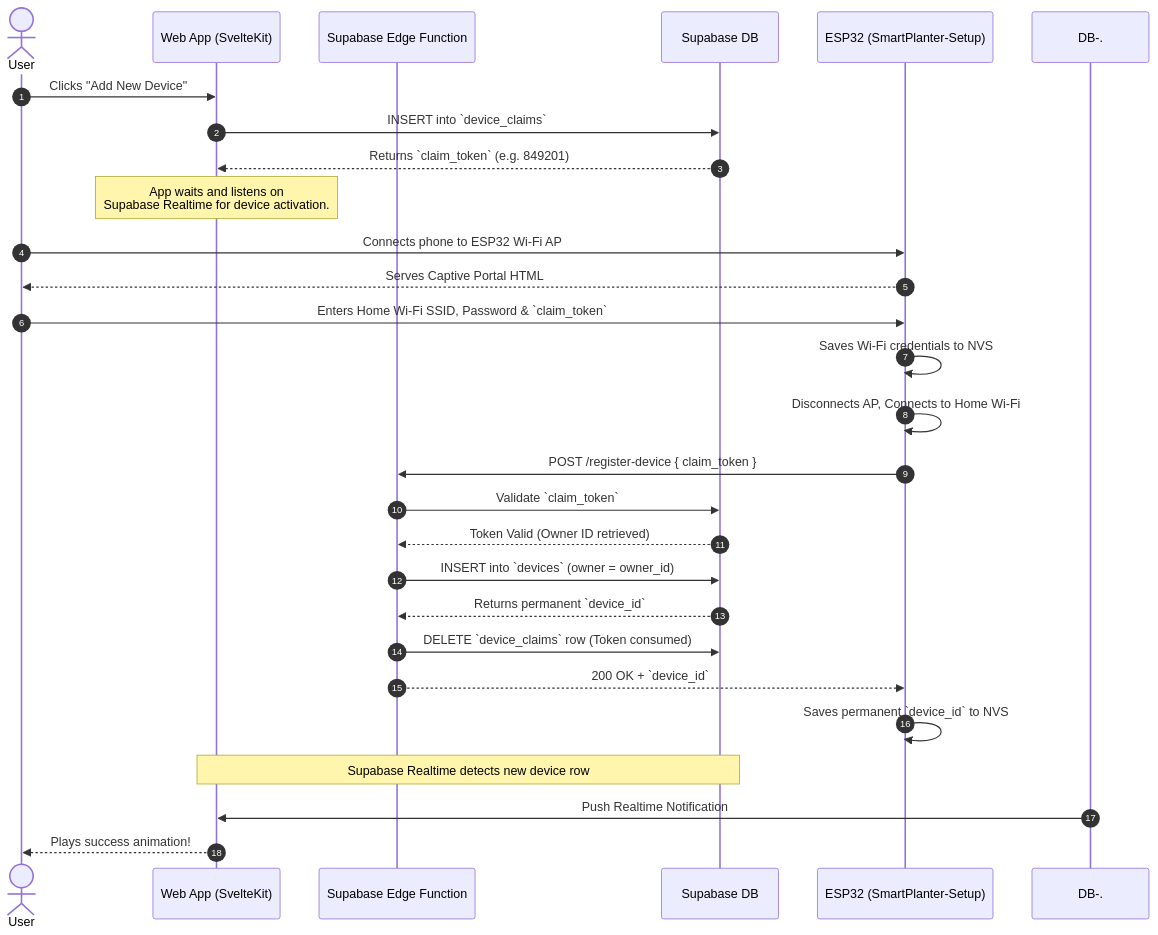
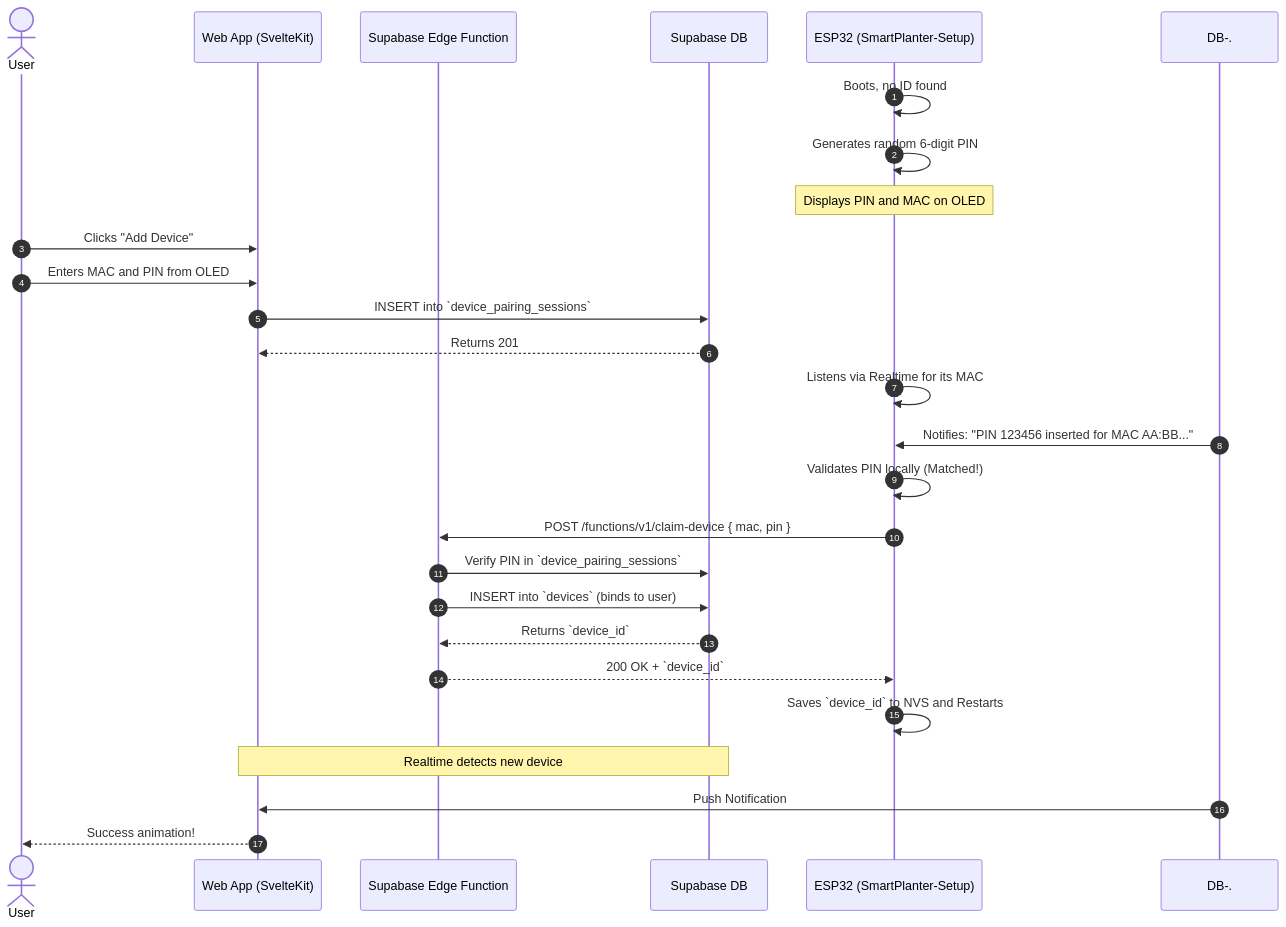
The second of 3 diagrams in ARCHITECTURE.md (minhvt22/iot-watering), drawn with Mermaid before and after one commit. The commit also changed other lines of this file and 42 other files, not shown here.

Commit message:
feat: Implement initial full-stack device pairing, Supabase integration, and core firmware functionality.

````diff
--- a/ARCHITECTURE.md
+++ b/ARCHITECTURE.md
@@ -59,36 +59,36 @@
 ```mermaid
 sequenceDiagram
     autonumber
     actor User
     participant WebApp as Web App (SvelteKit)
     participant Edge as Supabase Edge Function
     participant DB as Supabase DB
     participant ESP32 as ESP32 (SmartPlanter-Setup)
 
-    User->>WebApp: Clicks "Add New Device"
-    WebApp->>DB: INSERT into `device_claims`
-    DB-->>WebApp: Returns `claim_token` (e.g. 849201)
+    ESP32->>ESP32: Boots, no ID found
+    ESP32->>ESP32: Generates random 6-digit PIN
+    Note over ESP32: Displays PIN and MAC on OLED
+
+    User->>WebApp: Clicks "Add Device"
+    User->>WebApp: Enters MAC and PIN from OLED
     
-    Note over WebApp: App waits and listens on<br/>Supabase Realtime for device activation.
+    WebApp->>DB: INSERT into `device_pairing_sessions`
+    DB-->>WebApp: Returns 201
 
-    User->>ESP32: Connects phone to ESP32 Wi-Fi AP
-    ESP32-->>User: Serves Captive Portal HTML
-    User->>ESP32: Enters Home Wi-Fi SSID, Password & `claim_token`
+    ESP32->>ESP32: Listens via Realtime for its MAC
+    DB-.->>ESP32: Notifies: "PIN 123456 inserted for MAC AA:BB..."
     
-    ESP32->>ESP32: Saves Wi-Fi credentials to NVS
-    ESP32->>ESP32: Disconnects AP, Connects to Home Wi-Fi
+    ESP32->>ESP32: Validates PIN locally (Matched!)
     
-    ESP32->>Edge: POST /register-device { claim_token }
-    Edge->>DB: Validate `claim_token`
-    DB-->>Edge: Token Valid (Owner ID retrieved)
-    Edge->>DB: INSERT into `devices` (owner = owner_id)
-    DB-->>Edge: Returns permanent `device_id`
-    Edge->>DB: DELETE `device_claims` row (Token consumed)
+    ESP32->>Edge: POST /functions/v1/claim-device { mac, pin }
+    Edge->>DB: Verify PIN in `device_pairing_sessions`
+    Edge->>DB: INSERT into `devices` (binds to user)
+    DB-->>Edge: Returns `device_id`
     
     Edge-->>ESP32: 200 OK + `device_id`
-    ESP32->>ESP32: Saves permanent `device_id` to NVS
+    ESP32->>ESP32: Saves `device_id` to NVS and Restarts
     
-    Note over DB, WebApp: Supabase Realtime detects new device row
-    DB-.->>WebApp: Push Realtime Notification
-    WebApp-->>User: Plays success animation!
+    Note over DB, WebApp: Realtime detects new device
+    DB-.->>WebApp: Push Notification
+    WebApp-->>User: Success animation!
 ```
````
